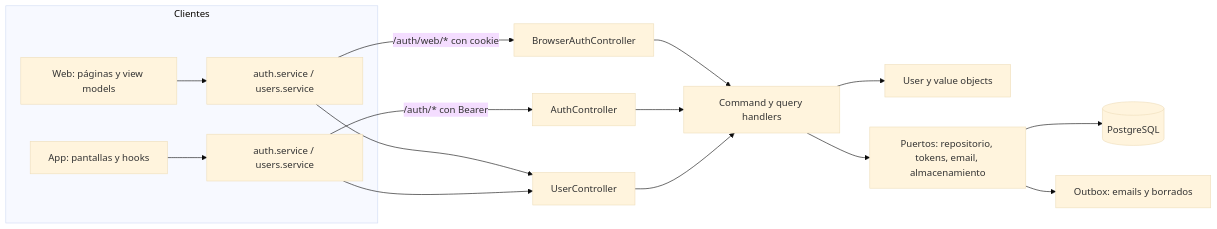
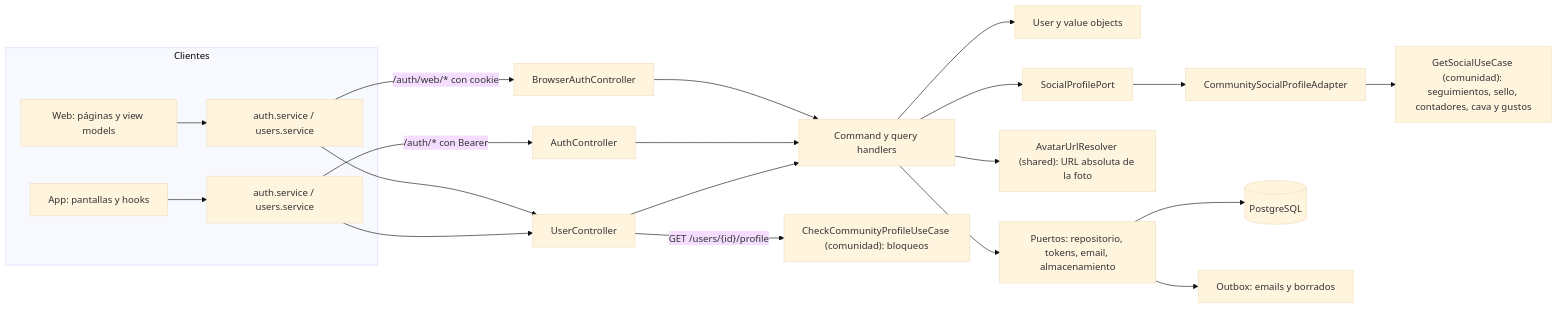
One commit to Bielaszczuk/vinnot-demo changed the first of 3 diagrams in docs/es/modules/users/architecture.md. Above: the diagram before and after it, drawn with Mermaid (base theme). The commit also changed other lines of this file and 703 other files, not shown here.

````diff
--- a/docs/es/modules/users/architecture.md
+++ b/docs/es/modules/users/architecture.md
@@ -7,18 +7,23 @@
 ```mermaid
 flowchart LR
     subgraph Clientes
         WEB["Web: páginas y view models"] --> WSVC["auth.service / users.service"]
         APP["App: pantallas y hooks"] --> MSVC["auth.service / users.service"]
     end
     WSVC -->|"/auth/web/* con cookie"| BAC["BrowserAuthController"]
     MSVC -->|"/auth/* con Bearer"| AC["AuthController"]
     WSVC --> UC["UserController"]
     MSVC --> UC
     BAC --> H["Command y query handlers"]
     AC --> H
     UC --> H
+    UC -->|"GET /users/{id}/profile"| CHK["CheckCommunityProfileUseCase (comunidad): bloqueos"]
     H --> D["User y value objects"]
     H --> PORTS["Puertos: repositorio, tokens, email, almacenamiento"]
+    H --> AVATAR["AvatarUrlResolver (shared): URL absoluta de la foto"]
+    H --> SPP["SocialProfilePort"]
+    SPP --> CSPA["CommunitySocialProfileAdapter"]
+    CSPA --> GSU["GetSocialUseCase (comunidad): seguimientos, sello, contadores, cava y gustos"]
     PORTS --> DB[("PostgreSQL")]
     PORTS --> OUTBOX["Outbox: emails y borrados"]
 ```
````
